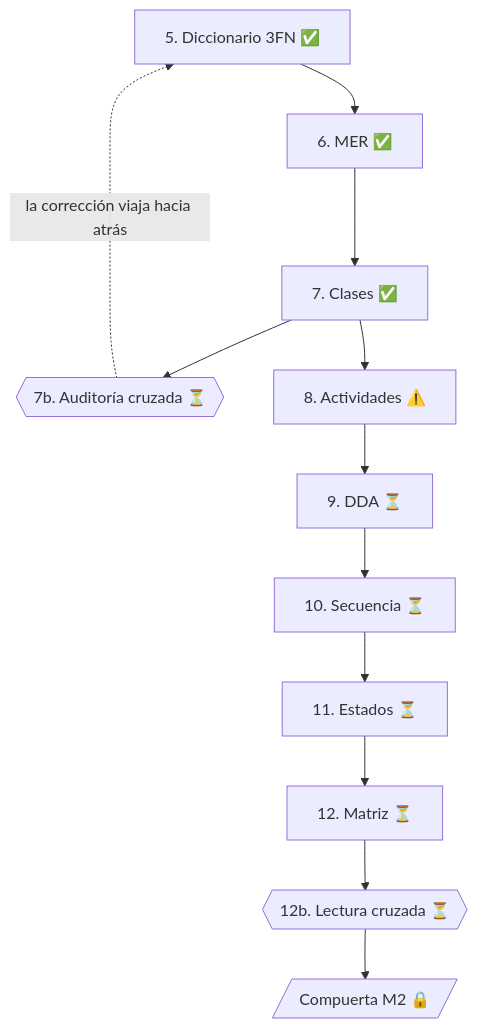
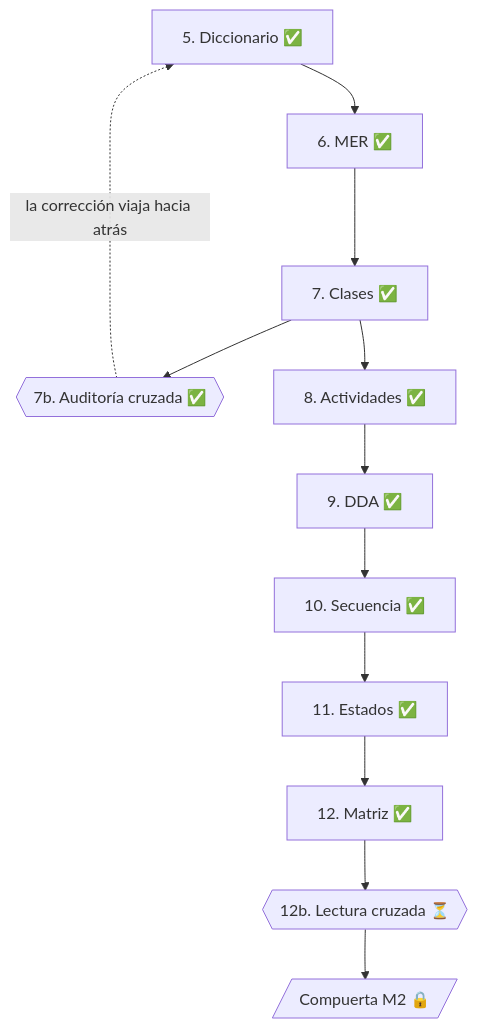
The diagram in docs/fase_2/README.md (estebanvasquez0204-cyber/Mesa-TI-Solicitud-e-Incidente-), drawn with Mermaid before and after one commit. The commit also changed other lines of this file and 78 other files, not shown here.

````diff
--- a/docs/fase_2/README.md
+++ b/docs/fase_2/README.md
@@ -23,9 +23,6 @@
 ```mermaid
 flowchart TD
-    D5[5. Diccionario 3FN ✅] --> D6[6. MER ✅]
-    D6 --> D7[7. Clases ✅]
-    D7 --> D7b{{7b. Auditoría cruzada ⏳}}
+    D5[5. Diccionario ✅] --> D6[6. MER ✅] --> D7[7. Clases ✅] --> D7b{{7b. Auditoría cruzada ✅}}
     D7b -. la corrección viaja hacia atrás .-> D5
-    D7 --> D8[8. Actividades ⚠️]
-    D8 --> D9[9. DDA ⏳] --> D10[10. Secuencia ⏳] --> D11[11. Estados ⏳] --> D12[12. Matriz ⏳] --> D12b{{12b. Lectura cruzada ⏳}} --> M2[/Compuerta M2 🔒/]
+    D7 --> D8[8. Actividades ✅] --> D9[9. DDA ✅] --> D10[10. Secuencia ✅] --> D11[11. Estados ✅] --> D12[12. Matriz ✅] --> D12b{{12b. Lectura cruzada ⏳}} --> M2[/Compuerta M2 🔒/]
 ```
````
